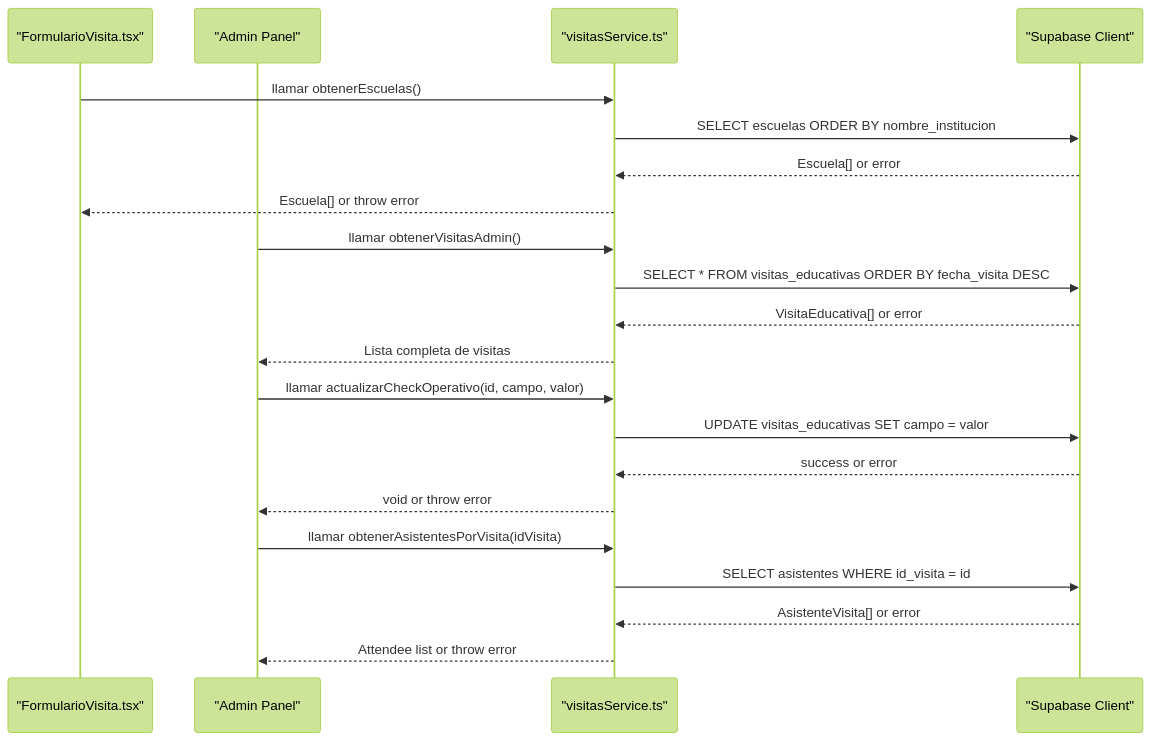
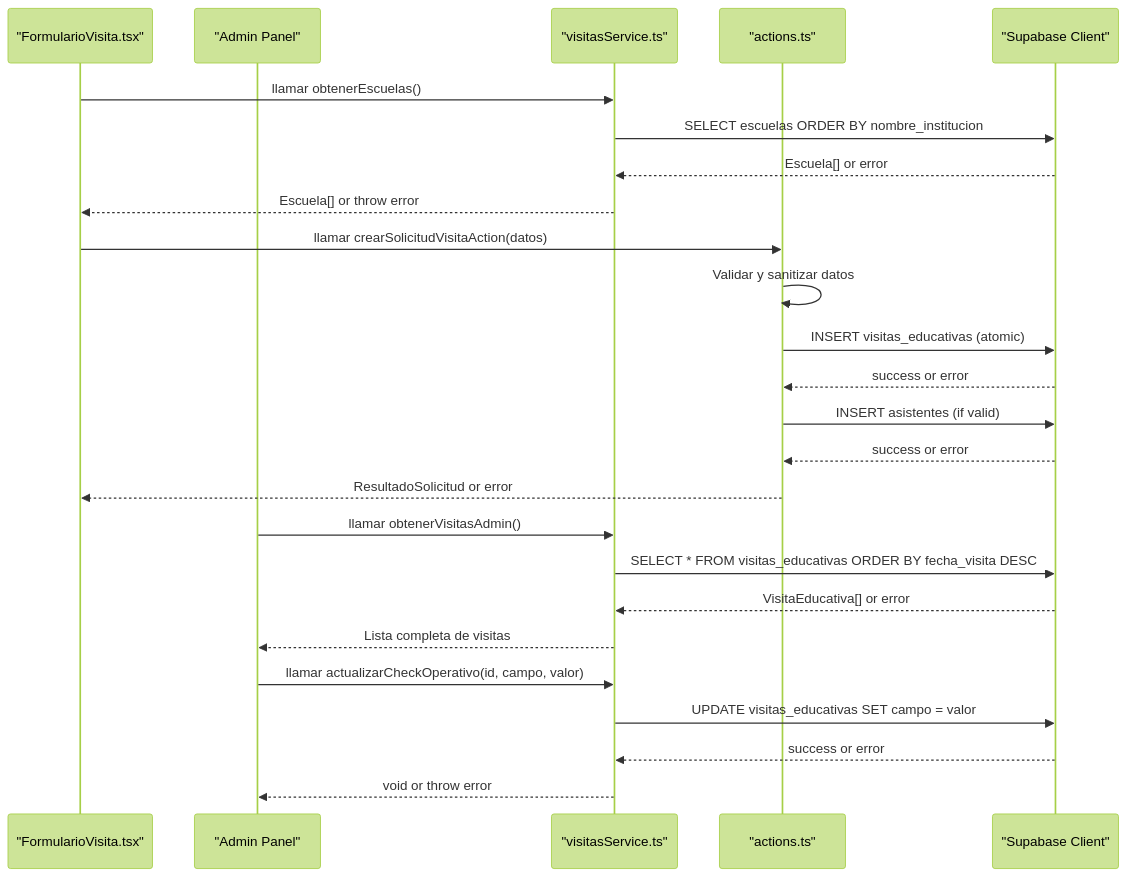
One commit to AgusCatra/simu-twin-web changed the second of 4 diagrams in .qoder/repowiki/en/content/Core Services & Business Logic/Visit Management Service.md. Above: the diagram before and after it, drawn with Mermaid (forest theme). The commit also changed other lines of this file and 16 other files, not shown here.

````diff
--- a/.qoder/repowiki/en/content/Core Services & Business Logic/Visit Management Service.md
+++ b/.qoder/repowiki/en/content/Core Services & Business Logic/Visit Management Service.md
@@ -125,23 +144,27 @@
 ```mermaid
 sequenceDiagram
 participant UI as "FormularioVisita.tsx"
 participant ADMIN as "Admin Panel"
 participant SVC as "visitasService.ts"
+participant ACTION as "actions.ts"
 participant DB as "Supabase Client"
 UI->>SVC : llamar obtenerEscuelas()
 SVC->>DB : SELECT escuelas ORDER BY nombre_institucion
 DB-->>SVC : Escuela[] or error
 SVC-->>UI : Escuela[] or throw error
+UI->>ACTION : llamar crearSolicitudVisitaAction(datos)
+ACTION->>ACTION : Validar y sanitizar datos
+ACTION->>DB : INSERT visitas_educativas (atomic)
+DB-->>ACTION : success or error
+ACTION->>DB : INSERT asistentes (if valid)
+DB-->>ACTION : success or error
+ACTION-->>UI : ResultadoSolicitud or error
 ADMIN->>SVC : llamar obtenerVisitasAdmin()
 SVC->>DB : SELECT * FROM visitas_educativas ORDER BY fecha_visita DESC
 DB-->>SVC : VisitaEducativa[] or error
 SVC-->>ADMIN : Lista completa de visitas
 ADMIN->>SVC : llamar actualizarCheckOperativo(id, campo, valor)
 SVC->>DB : UPDATE visitas_educativas SET campo = valor
 DB-->>SVC : success or error
 SVC-->>ADMIN : void or throw error
-ADMIN->>SVC : llamar obtenerAsistentesPorVisita(idVisita)
-SVC->>DB : SELECT asistentes WHERE id_visita = id
-DB-->>SVC : AsistenteVisita[] or error
-SVC-->>ADMIN : Attendee list or throw error
 ```
````
